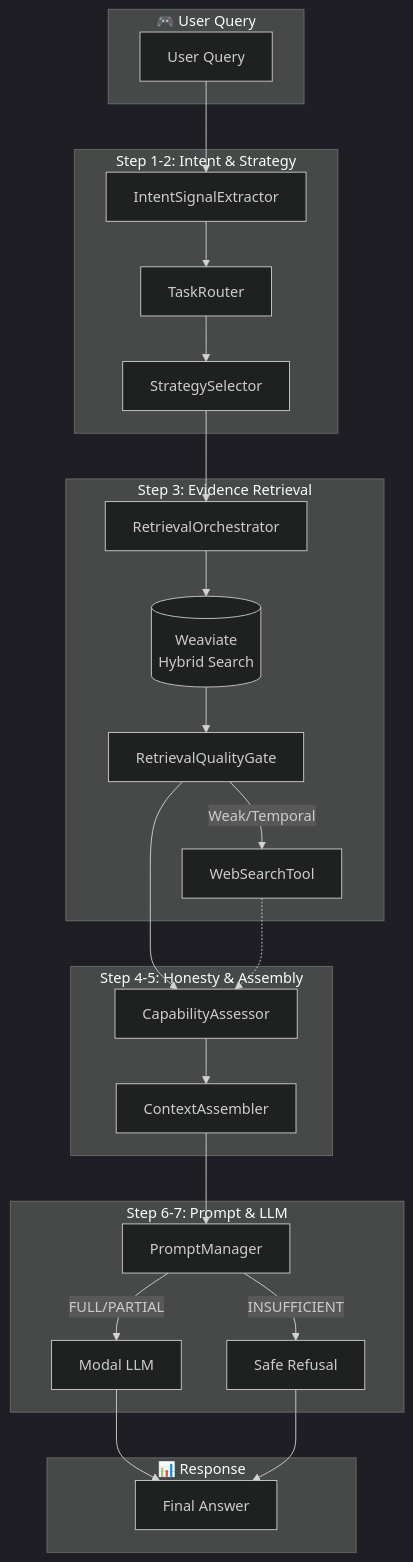
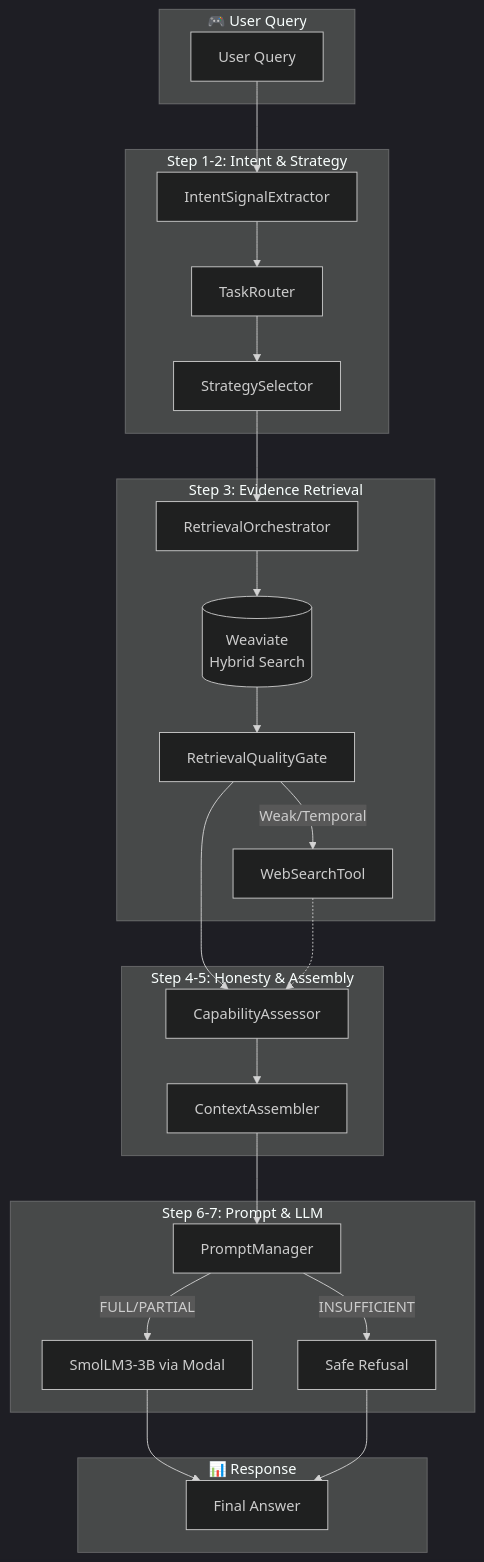
Before and after one commit to SukeshShetty1010/RAGent: the first of 2 diagrams in README.md, drawn with Mermaid (dark theme). The commit also changed other lines of this file, not shown here.

````diff
--- a/README.md
+++ b/README.md
@@ -27,47 +27,47 @@
 ```mermaid
 flowchart TB
     subgraph Input["🎮 User Query"]
         Q[User Query]
     end
     
     subgraph Routing["Step 1-2: Intent & Strategy"]
         IE[IntentSignalExtractor]
         TR[TaskRouter]
         SS[StrategySelector]
         Q --> IE
         IE --> TR
         TR --> SS
     end
     
     subgraph Retrieval["Step 3: Evidence Retrieval"]
         RO[RetrievalOrchestrator]
         WV[(Weaviate<br/>Hybrid Search)]
         QG[RetrievalQualityGate]
         WS[WebSearchTool]
         SS --> RO
         RO --> WV
         WV --> QG
         QG -->|Weak/Temporal| WS
     end
     
     subgraph Assessment["Step 4-5: Honesty & Assembly"]
         CA[CapabilityAssessor]
         CTX[ContextAssembler]
         QG --> CA
         WS -.-> CA
         CA --> CTX
     end
     
     subgraph Generation["Step 6-7: Prompt & LLM"]
         PM[PromptManager]
-        LLM[Modal LLM]
+        LLM[SmolLM3-3B via Modal]
         CTX --> PM
         PM -->|FULL/PARTIAL| LLM
         PM -->|INSUFFICIENT| REF[Safe Refusal]
     end
     
     subgraph Output["📊 Response"]
         LLM --> ANS[Final Answer]
         REF --> ANS
     end
 ```
````
